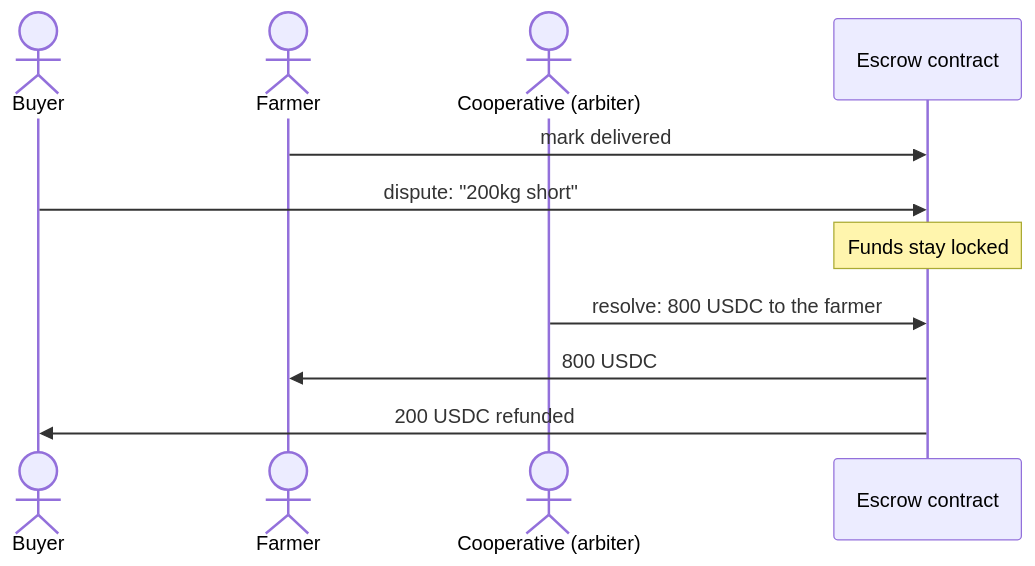
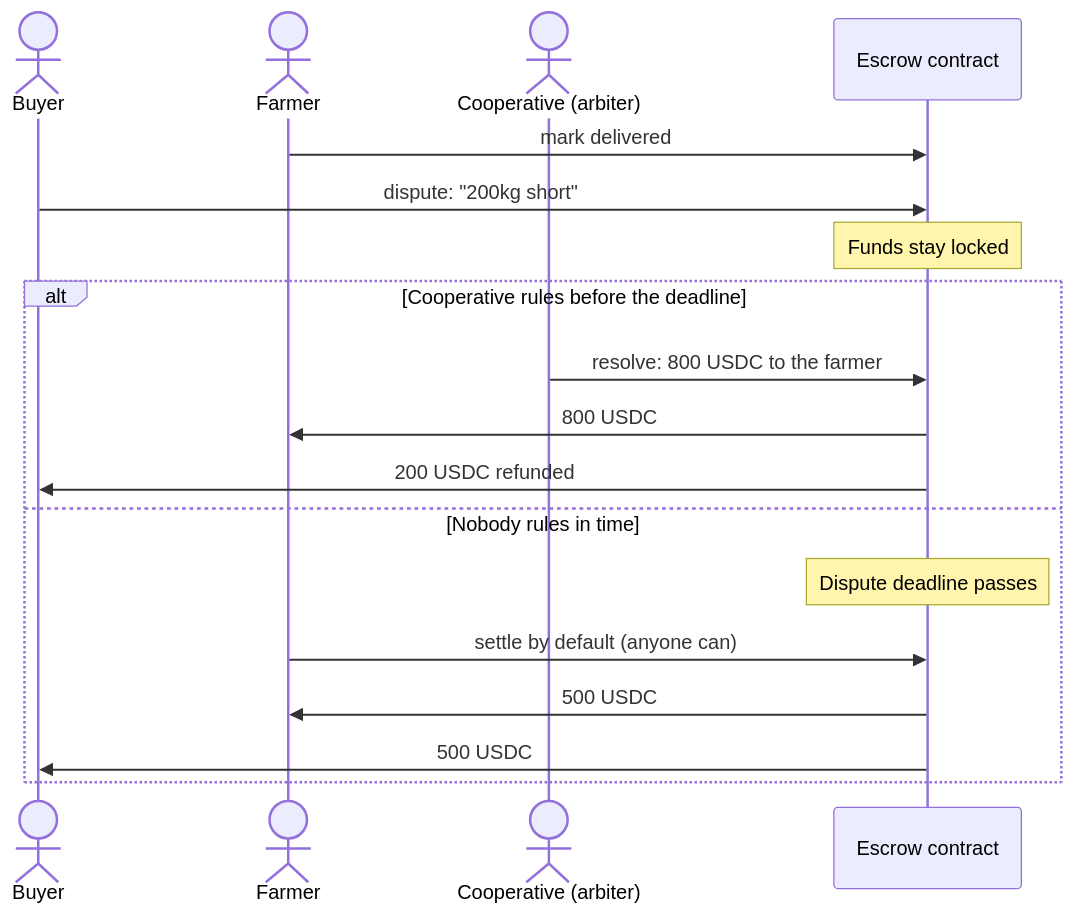
One commit to Ibk-Bless/FarmPay changed the third of 4 diagrams in docs/HOW_IT_WORKS.md. Above: the diagram before and after it, drawn with Mermaid. The commit also changed other lines of this file and 18 other files, not shown here.

First line of the commit message:
feat(contract): dispute deadline, so a missing arbiter can never lock funds

````diff
--- a/docs/HOW_IT_WORKS.md
+++ b/docs/HOW_IT_WORKS.md
@@ -60,14 +61,21 @@
 ```mermaid
 sequenceDiagram
     actor Buyer
     actor Farmer
     actor Coop as Cooperative (arbiter)
     participant Escrow as Escrow contract
 
     Farmer->>Escrow: mark delivered
     Buyer->>Escrow: dispute: "200kg short"
     Note over Escrow: Funds stay locked
-    Coop->>Escrow: resolve: 800 USDC to the farmer
-    Escrow->>Farmer: 800 USDC
-    Escrow->>Buyer: 200 USDC refunded
+    alt Cooperative rules before the deadline
+        Coop->>Escrow: resolve: 800 USDC to the farmer
+        Escrow->>Farmer: 800 USDC
+        Escrow->>Buyer: 200 USDC refunded
+    else Nobody rules in time
+        Note over Escrow: Dispute deadline passes
+        Farmer->>Escrow: settle by default (anyone can)
+        Escrow->>Farmer: 500 USDC
+        Escrow->>Buyer: 500 USDC
+    end
 ```
````
